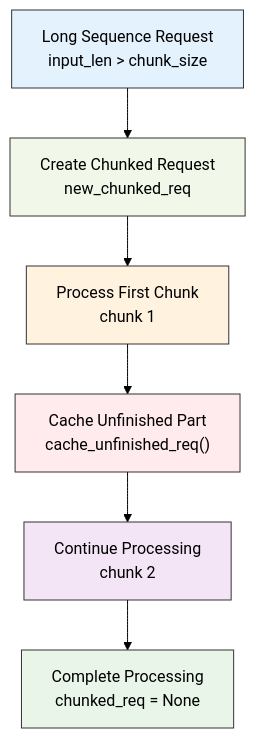
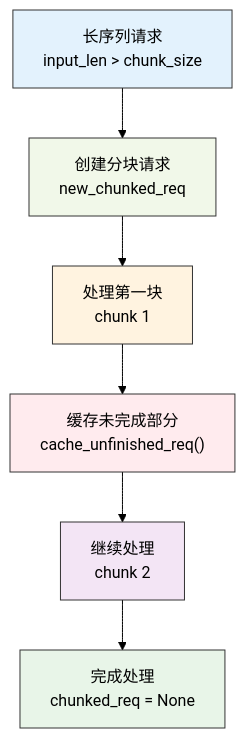
The fifth of 6 diagrams in SGLang开发者技术文档/01-调度器/04-批处理调度策略.md (JRChen0927/sglang), drawn with Mermaid (forest theme) before and after one commit. The commit also changed other lines of this file, not shown here.

````diff
--- a/SGLang开发者技术文档/01-调度器/04-批处理调度策略.md
+++ b/SGLang开发者技术文档/01-调度器/04-批处理调度策略.md
@@ -457,22 +475,22 @@
 ```mermaid
 graph TD
-    A["Long Sequence Request<br/>input_len > chunk_size"]
-    B["Create Chunked Request<br/>new_chunked_req"]
-    C["Process First Chunk<br/>chunk 1"]
-    D["Cache Unfinished Part<br/>cache_unfinished_req()"]
-    E["Continue Processing<br/>chunk 2"]
-    F["Complete Processing<br/>chunked_req = None"]
+    A["长序列请求<br/>input_len > chunk_size"]
+    B["创建分块请求<br/>new_chunked_req"]
+    C["处理第一块<br/>chunk 1"]
+    D["缓存未完成部分<br/>cache_unfinished_req()"]
+    E["继续处理<br/>chunk 2"]
+    F["完成处理<br/>chunked_req = None"]
 
     A --> B
     B --> C
     C --> D
     D --> E
     E --> F
 
     style A fill:#e3f2fd,color:#000000,stroke:#333
     style B fill:#f1f8e9,color:#000000,stroke:#333
     style C fill:#fff3e0,color:#000000,stroke:#333
     style D fill:#ffebee,color:#000000,stroke:#333
     style E fill:#f3e5f5,color:#000000,stroke:#333
     style F fill:#e8f5e8,color:#000000,stroke:#333
 ```
````
